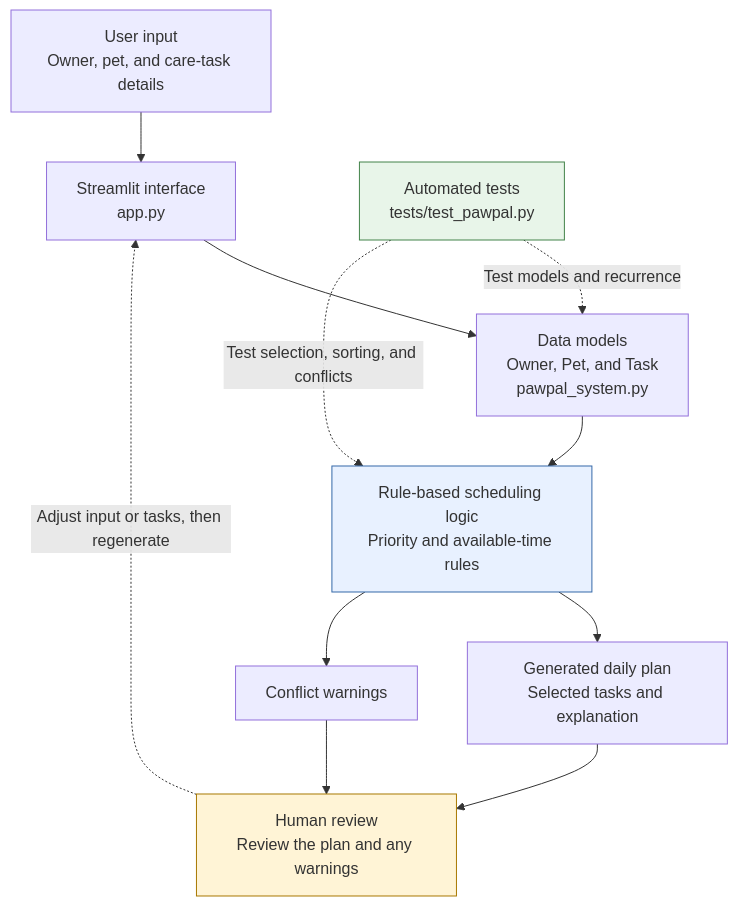
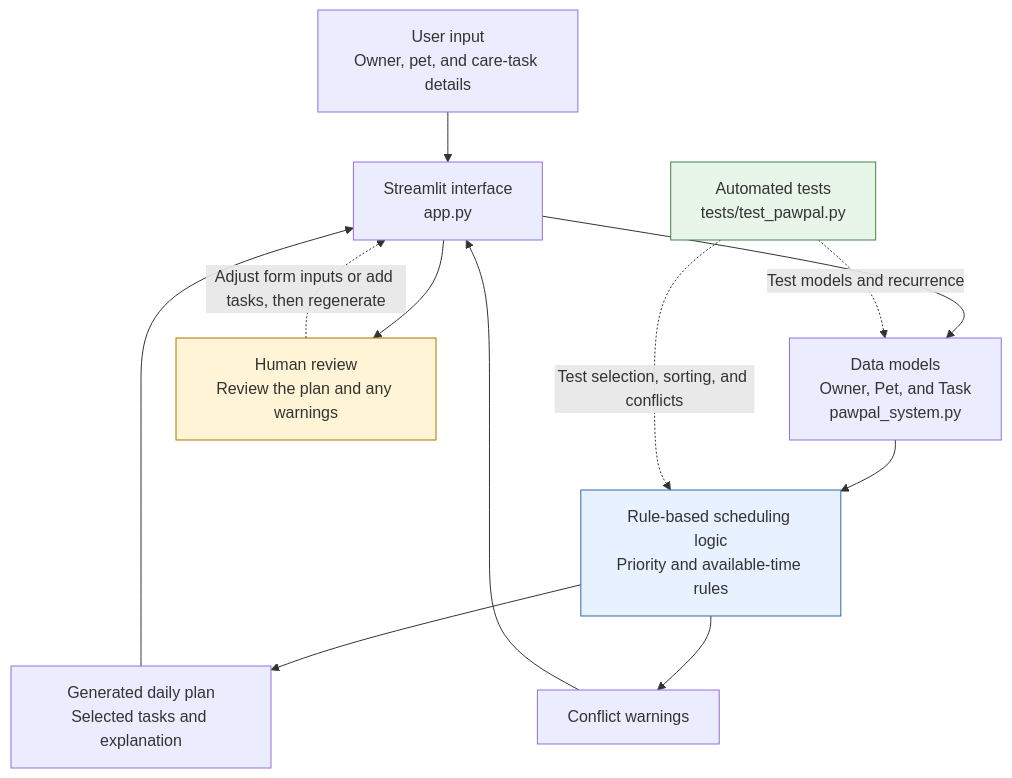
Before and after one commit to nirutachataut/applied-ai-system-project: the diagram in diagrams/system_architecture.mmd, drawn with Mermaid. The commit also changed 2 other files, not shown here.

```diff
--- a/diagrams/system_architecture.mmd
+++ b/diagrams/system_architecture.mmd
@@ -1,20 +1,21 @@
 flowchart TD
     U[User input<br/>Owner, pet, and care-task details] --> UI[Streamlit interface<br/>app.py]
     UI --> DM[Data models<br/>Owner, Pet, and Task<br/>pawpal_system.py]
     DM --> SL[Rule-based scheduling logic<br/>Priority and available-time rules]
     SL --> GS[Generated daily plan<br/>Selected tasks and explanation]
     SL --> CW[Conflict warnings]
-    GS --> HR[Human review<br/>Review the plan and any warnings]
-    CW --> HR
-    HR -. Adjust input or tasks, then regenerate .-> UI
+    GS --> UI
+    CW --> UI
+    UI --> HR[Human review<br/>Review the plan and any warnings]
+    HR -. Adjust form inputs or add tasks, then regenerate .-> UI
 
     AT[Automated tests<br/>tests/test_pawpal.py]
     AT -. Test models and recurrence .-> DM
     AT -. Test selection, sorting, and conflicts .-> SL
 
     classDef ruleBased fill:#e8f1ff,stroke:#3568a8
     classDef review fill:#fff4d6,stroke:#a87800
     classDef tests fill:#e8f5e9,stroke:#43834a
     class SL ruleBased
     class HR review
     class AT tests
```
